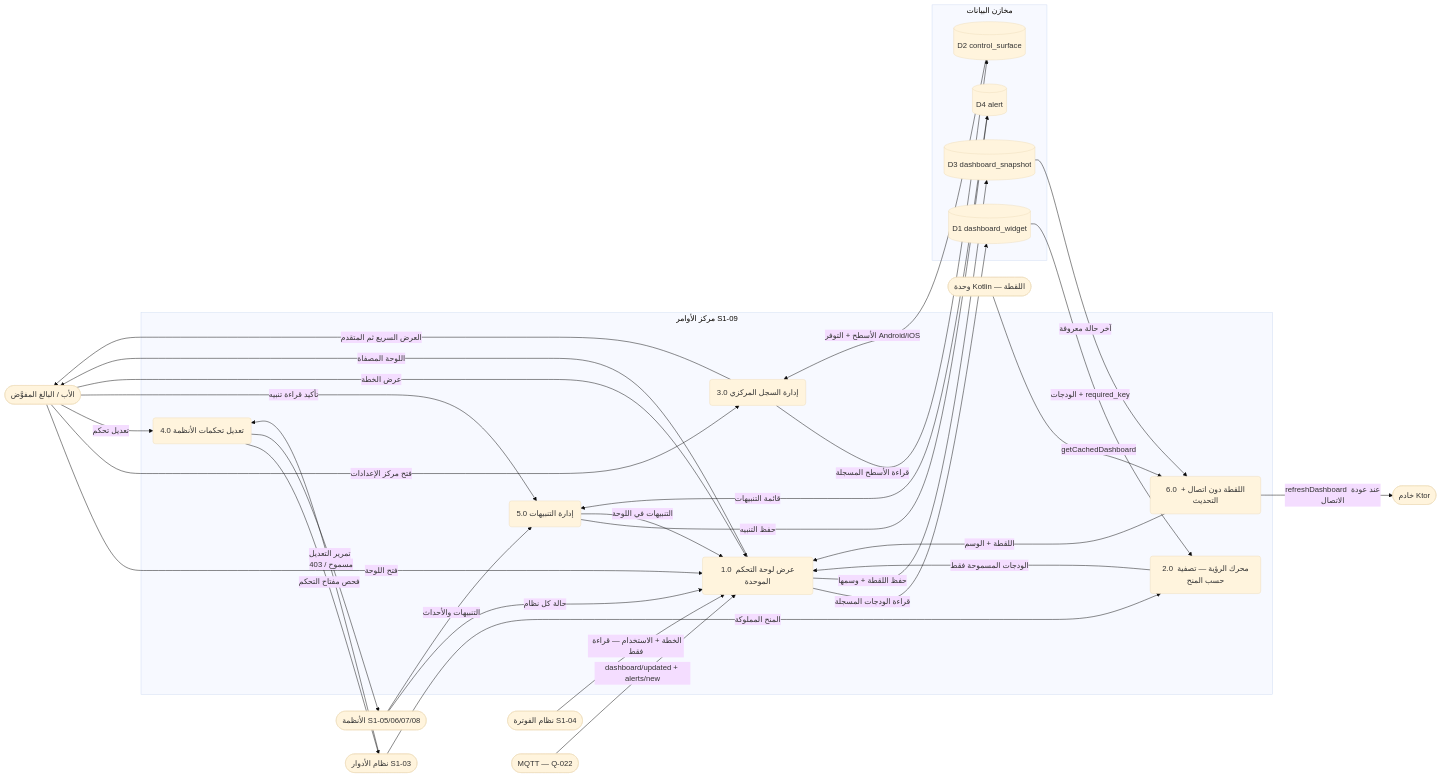
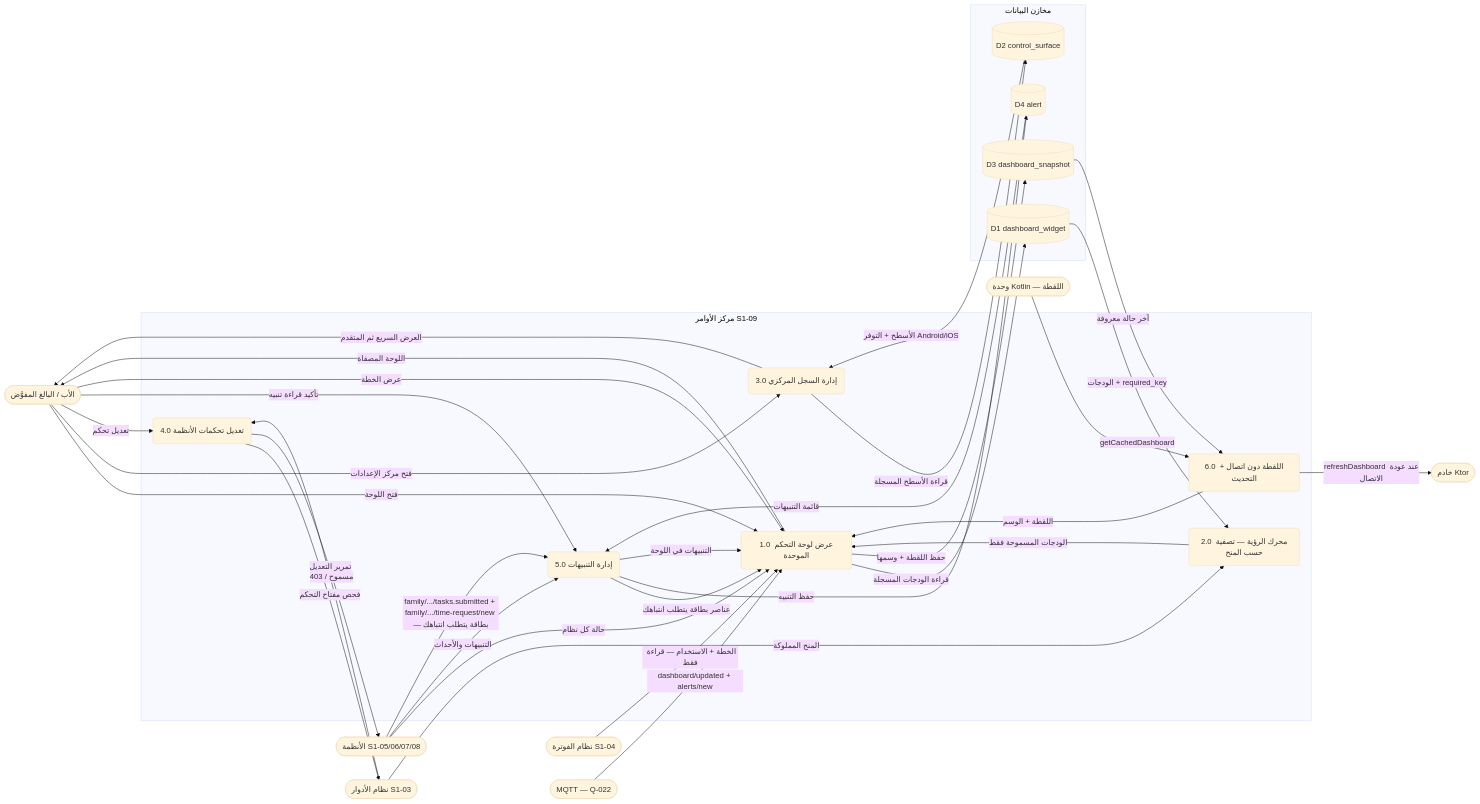
Before and after one commit to Bassam-mohammed-alqaeadi/family-os-v2: the eighth of 9 diagrams in docs/family-os/governance/phases/phase-1/S1-09-command-center-and-settings/DIAGRAMS.md, drawn with Mermaid (base theme). The commit also changed other lines of this file and 34 other files, not shown here.

````diff
--- a/docs/family-os/governance/phases/phase-1/S1-09-command-center-and-settings/DIAGRAMS.md
+++ b/docs/family-os/governance/phases/phase-1/S1-09-command-center-and-settings/DIAGRAMS.md
@@ -309,56 +359,58 @@
 ```mermaid
 flowchart LR
     Father([الأب / البالغ المفوَّض])
     S103([نظام الأدوار S1-03])
     S104([نظام الفوترة S1-04])
     Systems([الأنظمة S1-05/06/07/08])
     Kotlin([وحدة Kotlin — اللقطة])
 
     subgraph Hub [مركز الأوامر S1-09]
         P1(1.0 عرض لوحة التحكم الموحدة)
         P2(2.0 محرك الرؤية — تصفية حسب المنح)
         P3(3.0 إدارة السجل المركزي)
         P4(4.0 تعديل تحكمات الأنظمة)
         P5(5.0 إدارة التنبيهات)
         P6(6.0 اللقطة دون اتصال + التحديث)
     end
 
     subgraph Stores [مخازن البيانات]
         D1[(D1 dashboard_widget)]
         D2[(D2 control_surface)]
         D3[(D3 dashboard_snapshot)]
         D4[(D4 alert)]
     end
 
     Ktor([خادم Ktor])
     MQTT([MQTT — Q-022])
 
     Father -->|فتح اللوحة| P1
     P1 -->|قراءة الودجات المسجلة| D1
     D1 -->|الودجات + required_key| P2
     S103 -->|المنح المملوكة| P2
     P2 -->|الودجات المسموحة فقط| P1
     P1 -->|اللوحة المصفاة| Father
     Systems -->|حالة كل نظام| P1
     P1 -->|حفظ اللقطة + وسمها| D3
     D3 -->|آخر حالة معروفة| P6
     Kotlin -->|getCachedDashboard| P6
     P6 -->|اللقطة + الوسم| P1
     P6 -->|refreshDashboard عند عودة الاتصال| Ktor
     Father -->|فتح مركز الإعدادات| P3
     P3 -->|قراءة الأسطح المسجلة| D2
     D2 -->|الأسطح + التوفر Android/iOS| P3
     P3 -->|العرض السريع ثم المتقدم| Father
     Father -->|تعديل تحكم| P4
     P4 -->|فحص مفتاح التحكم| S103
     S103 -->|مسموح / 403| P4
     P4 -->|تمرير التعديل| Systems
     Systems -->|التنبيهات والأحداث| P5
+    Systems -->|family/.../tasks.submitted + family/.../time-request/new — بطاقة يتطلب انتباهك| P5
+    P5 -->|عناصر بطاقة يتطلب انتباهك| P1
     P5 -->|حفظ التنبيه| D4
     D4 -->|قائمة التنبيهات| P5
     P5 -->|التنبيهات في اللوحة| P1
     MQTT -->|dashboard/updated + alerts/new| P1
     Father -->|تأكيد قراءة تنبيه| P5
     Father -->|عرض الخطة| P1
     S104 -->|الخطة + الاستخدام — قراءة فقط| P1
 ```
````
